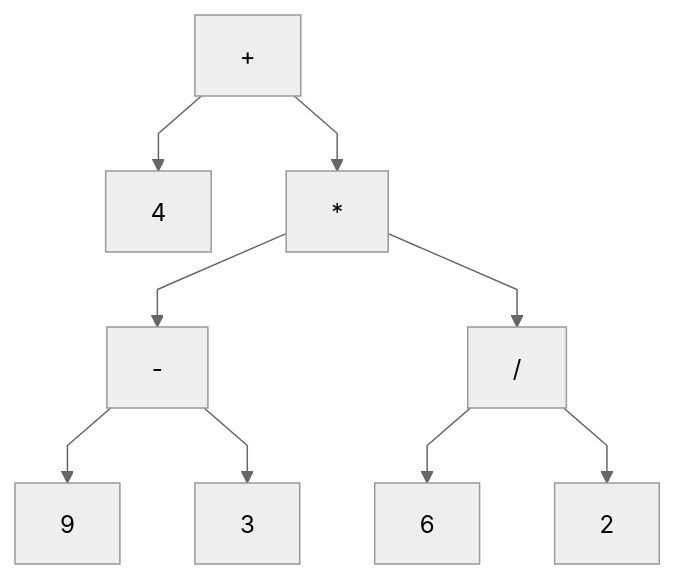
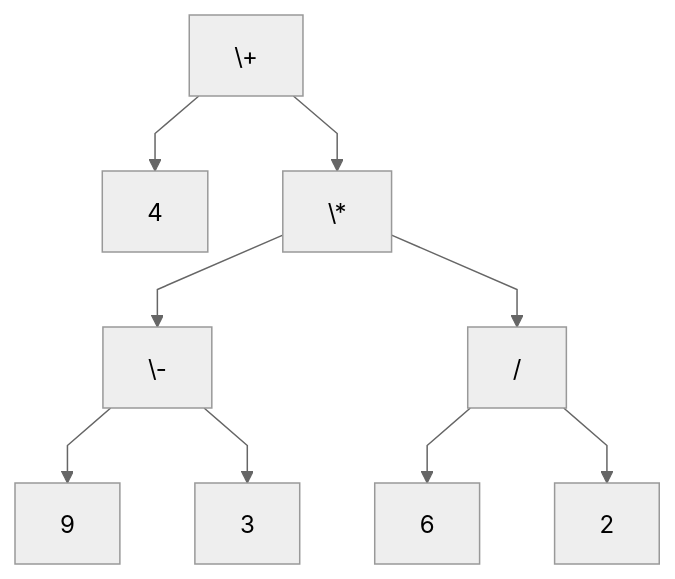
Before and after one commit to blackbat13/edu-cs-htiew-pl: the diagram in docs/matura-z-informatyki/przygotowanie/algorithmic/simulations/arithmetic-tree/solution-3.md, drawn with Mermaid.

````diff
--- a/docs/matura-z-informatyki/przygotowanie/algorithmic/simulations/arithmetic-tree/solution-3.md
+++ b/docs/matura-z-informatyki/przygotowanie/algorithmic/simulations/arithmetic-tree/solution-3.md
@@ -5,12 +5,12 @@
 ```mermaid
 %%{init: {"flowchart": {"curve": "linear"}, "theme": "neutral"} }%%
 flowchart TD
-    op1["+"] --> n1["4"]
-    op1 --> op2["*"]
-    op2 --> op3["-"]
+    op1["\+"] --> n1["4"]
+    op1 --> op2["\*"]
+    op2 --> op3["\-"]
     op3 --> n2["9"]
     op3 --> n4["3"]
     op2 --> op4["/"]
     op4 --> n5["6"]
     op4 --> n6["2"]
 ```
````
